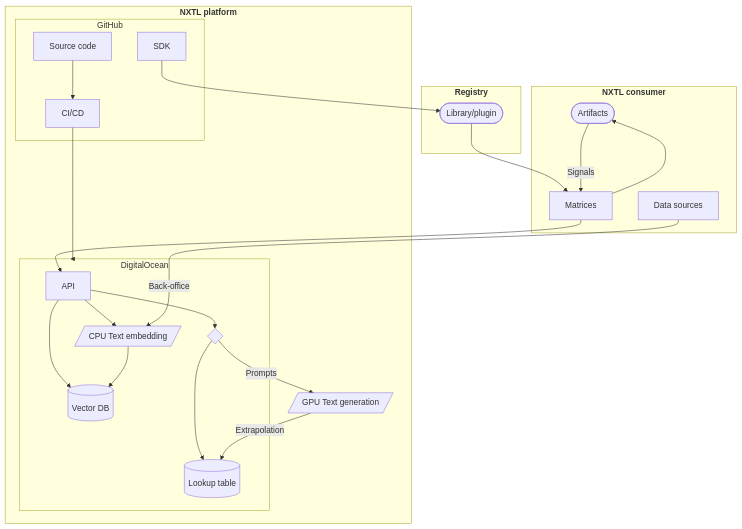
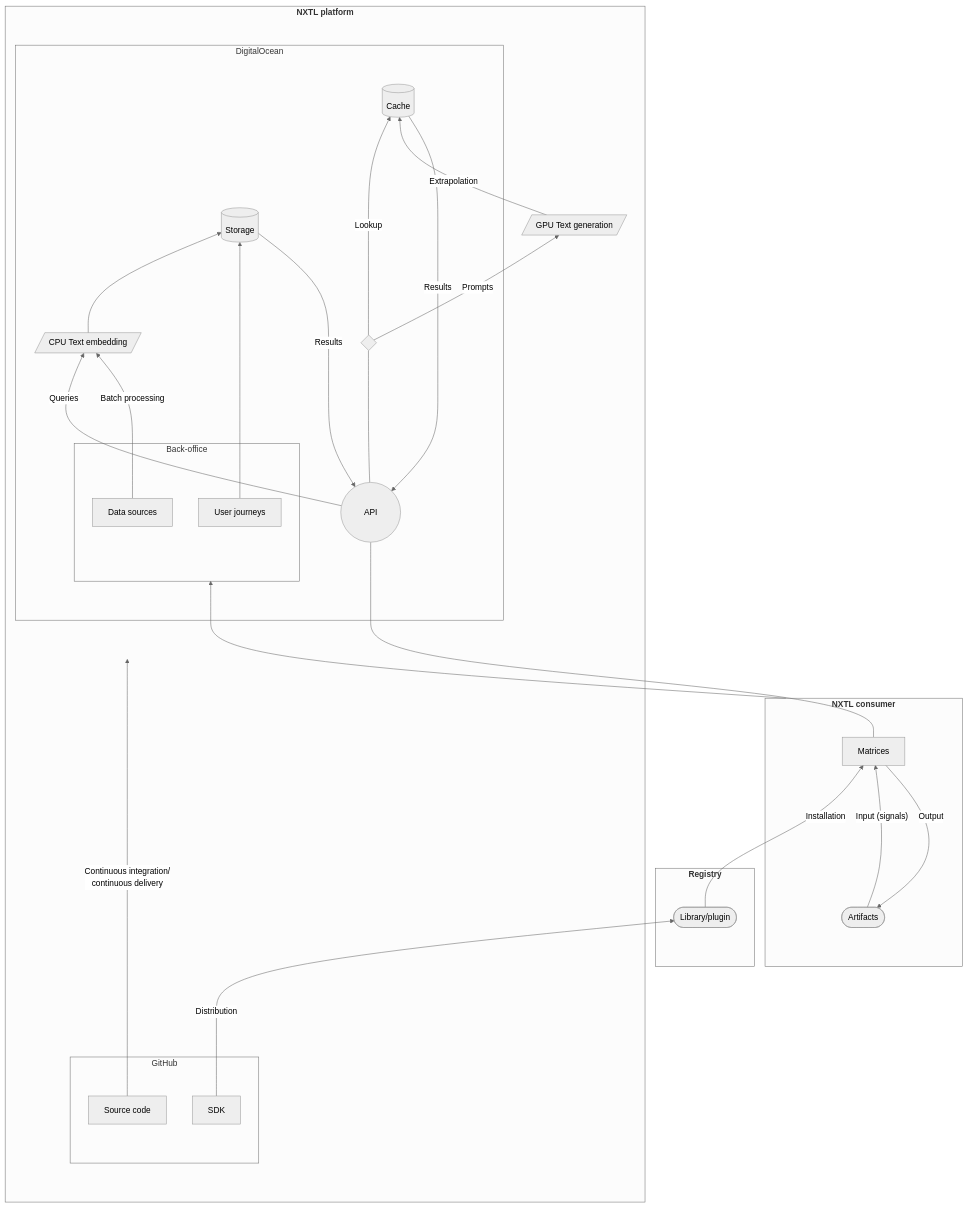
The diagram in pages/architecture.mdx (The-Next-Level-AS/internal-docs), drawn with Mermaid before and after one commit. The commit also changed other lines of this file and 14 other files, not shown here.

````diff
--- a/pages/architecture.mdx
+++ b/pages/architecture.mdx
@@ -1,41 +5,48 @@
 ```mermaid
-flowchart TD
+%%{init: { "theme": "neutral", "flowchart": {"rankSpacing": 150, "defaultRenderer": "dagre"}} }%%
+flowchart BT
 subgraph nxtl_consumer [<b>NXTL consumer</b>]
   artifacts([Artifacts])
-  data_sources[Data sources]
   matrices[Matrices]
 end
 subgraph nxtl_platform [<b>NXTL platform</b>]
   text_generation[/GPU Text generation/]
   subgraph digital_ocean [DigitalOcean]
-    api[API]
+    api((API))
     d{ }
     text_embedding[/CPU Text embedding/]
-    storage[(Vector DB)]
-    cache[(Lookup table)]
+    storage[(Storage)]
+    cache[(Cache)]
+    subgraph back_office [Back-office]
+      data_sources[Data sources]
+      user_journeys[User journeys]
+    end
   end
   subgraph github [GitHub]
     source_code[Source code]
     sdk[SDK]
-    ci_cd[CI/CD]
   end
 end
 subgraph registry [<b>Registry</b>]
   ecosystem([Library/plugin])
 end
-sdk --> ecosystem
-ecosystem --> matrices
-matrices --> api
-api --> storage
+classDef paddedNode padding:100px
+class api paddedNode
+sdk -- Distribution --> ecosystem
+ecosystem -- Installation --> matrices
+matrices --- api
+storage -- Results --> api
+cache -- Results --> api
 d -- Prompts --> text_generation
-api --> text_embedding
-d --> cache
-api --> d
+api -- Queries --> text_embedding
+d -- Lookup --> cache
+api --- d
 text_generation -- Extrapolation --> cache
 text_embedding --> storage
-ci_cd --> digital_ocean
-source_code --> ci_cd
-data_sources -- Back-office --> text_embedding
-matrices --> artifacts
-artifacts -- Signals --> matrices
+source_code -- Continuous integration/<br />continuous delivery --> digital_ocean
+nxtl_consumer --> back_office
+data_sources -- Batch processing --> text_embedding
+user_journeys --> storage
+matrices -- Output --> artifacts
+artifacts -- Input (signals) --> matrices
 ```
````
